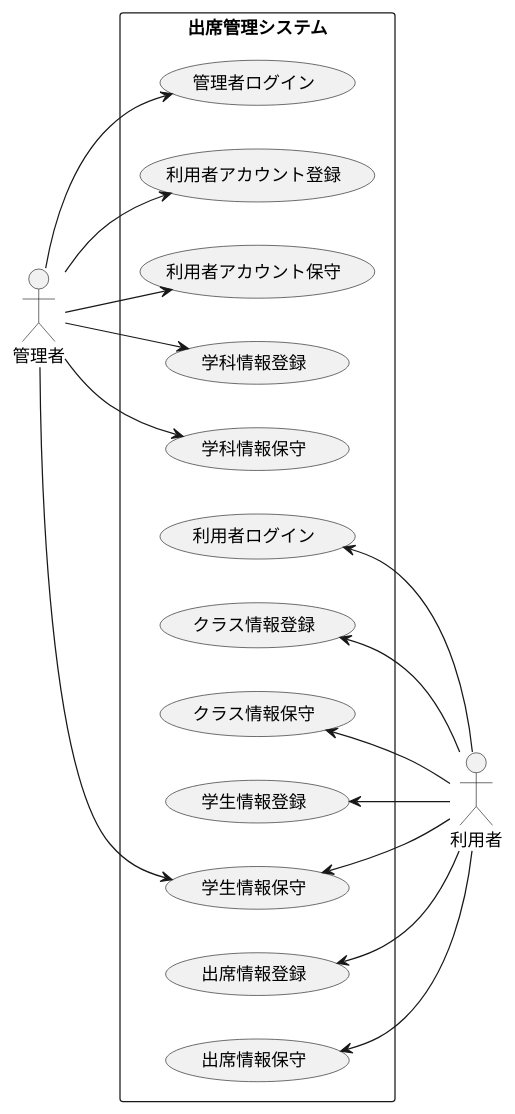
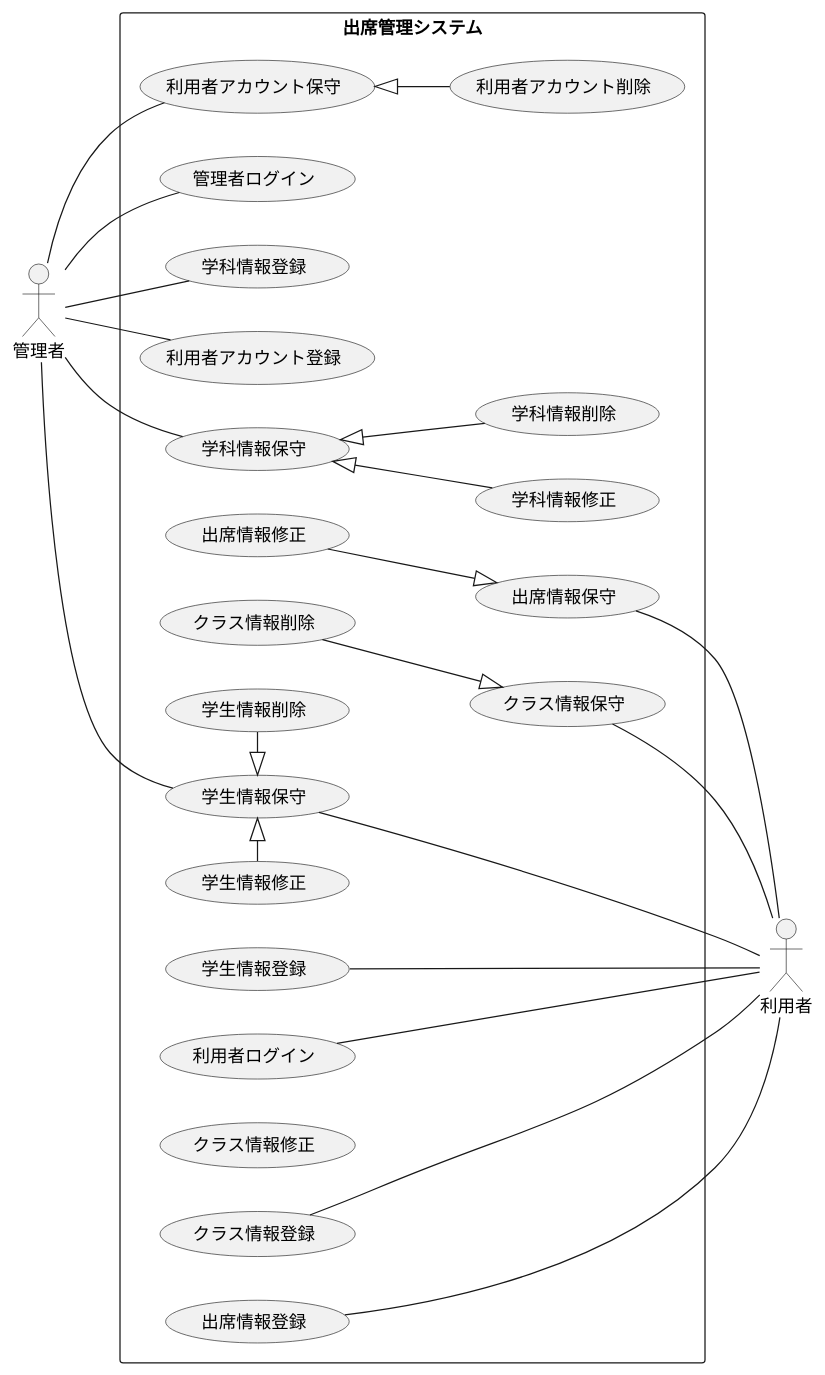
One commit to Takhshi/uml-introduction changed the diagram in 共同開発.pu. Above: the diagram before and after it, drawn with PlantUML.

```diff
--- a/共同開発.pu
+++ b/共同開発.pu
@@ -1,34 +1,52 @@
-@startuml 共同開発
+@startuml  
 left to right direction
-actor 管理者 as admin
-actor 利用者 as user
-rectangle 出席管理システム {
-usecase 管理者ログイン as login1
-usecase 利用者アカウント登録 as ur
-usecase 利用者アカウント保守 as um
-usecase 学科情報登録 as dr
-usecase 学科情報保守 as dm
-usecase 利用者ログイン as login2
-usecase クラス情報登録 as cr
-usecase クラス情報保守 as cm
-usecase 学生情報登録 as sr
-usecase 学生情報保守 as sm
-usecase 出席情報登録 as ar
-usecase 出席情報保守 as am
+actor 管理者
+actor 利用者
+
+rectangle 出席管理システム{
+    usecase 管理者ログイン
+    usecase 利用者アカウント登録
+    usecase 利用者アカウント保守
+    usecase 利用者アカウント削除
+    usecase 学科情報登録
+    usecase 学科情報保守
+    usecase 学科情報削除
+    usecase 学科情報修正
+    usecase 学生情報登録
+    usecase 学生情報保守
+    usecase 学生情報削除
+    usecase 学生情報修正
+    usecase 利用者ログイン
+    usecase クラス情報登録
+    usecase クラス情報保守
+    usecase クラス情報削除
+    usecase クラス情報修正
+    usecase 出席情報登録
+    usecase 出席情報保守
+    usecase 出席情報修正
 }
-admin --> login1
-admin --> ur
-admin --> um
-admin --> dr
-admin --> dm
-admin --> sm
-login2 <-- user
-cr <-- user
-cm <-- user
-sr <-- user
-sm <-- user
-ar <-- user
-am <-- user
+
+管理者 -- 管理者ログイン
+管理者 - 利用者アカウント登録
+管理者 - 利用者アカウント保守
+管理者 -- 学科情報登録
+管理者 -- 学科情報保守
+管理者 -- 学生情報保守
+学生情報保守 --- 利用者
+学生情報登録 -- 利用者
+利用者ログイン -- 利用者
+クラス情報登録 -- 利用者
+クラス情報保守 - 利用者
+出席情報登録 -- 利用者
+出席情報保守 - 利用者
+
+利用者アカウント保守 <|-- 利用者アカウント削除
+学科情報保守 <|-- 学科情報修正
+学科情報保守 <|-- 学科情報削除
+学生情報保守 <|-left- 学生情報修正
+学生情報保守 <|-right- 学生情報削除
+クラス情報削除 --|> クラス情報保守
+出席情報修正 --|> 出席情報保守
 
 
 @enduml
```
